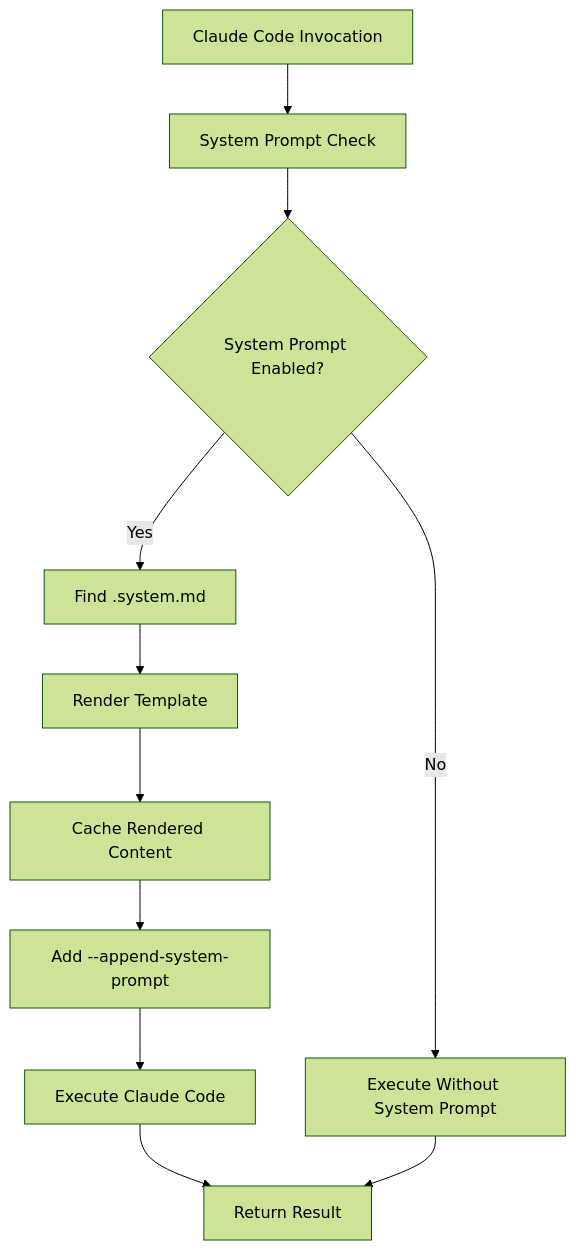
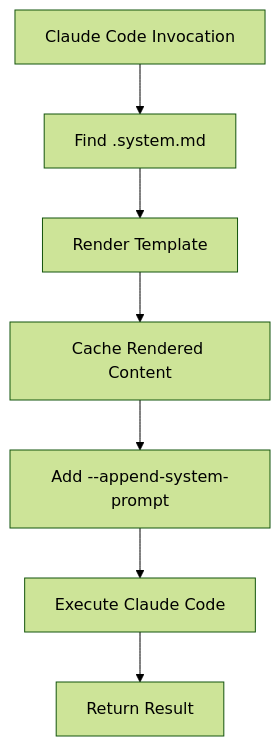
Before and after one commit to swissarmyhammer/swissarmyhammer: the fourth of 4 diagrams in doc/src/architecture.md, drawn with Mermaid (forest theme). The commit also changed other lines of this file and 7 other files, not shown here.

First line of the commit message:
feat!: always enable system prompt injection

````diff
--- a/doc/src/architecture.md
+++ b/doc/src/architecture.md
@@ -226,13 +226,9 @@
 ```mermaid
 graph TD
-    A[Claude Code Invocation] --> B[System Prompt Check]
-    B --> C{System Prompt Enabled?}
-    C -->|Yes| D[Find .system.md]
-    C -->|No| I[Execute Without System Prompt]
-    D --> E[Render Template]
-    E --> F[Cache Rendered Content]
-    F --> G[Add --append-system-prompt]
-    G --> H[Execute Claude Code]
-    H --> J[Return Result]
-    I --> J
+    A[Claude Code Invocation] --> B[Find .system.md]
+    B --> C[Render Template]
+    C --> D[Cache Rendered Content]
+    D --> E[Add --append-system-prompt]
+    E --> F[Execute Claude Code]
+    F --> G[Return Result]
 ```
````
